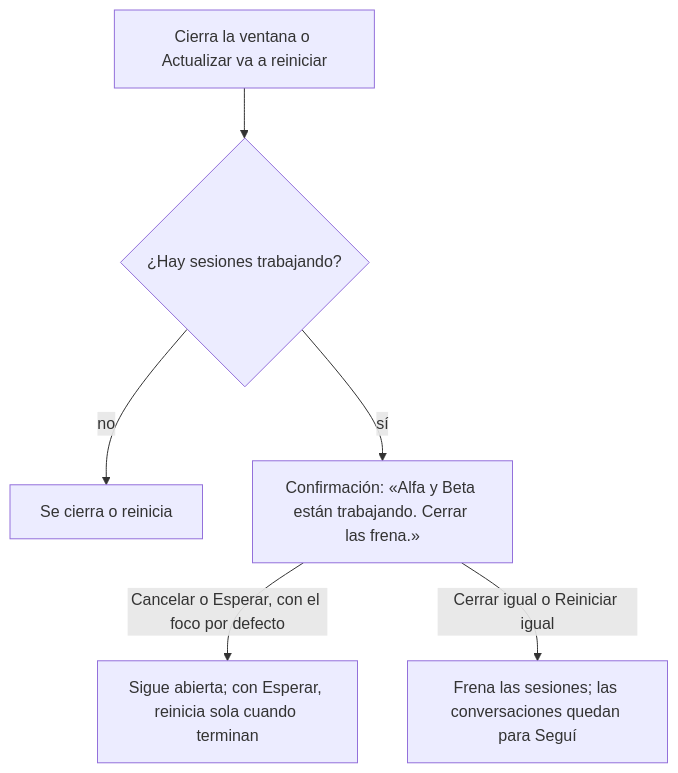
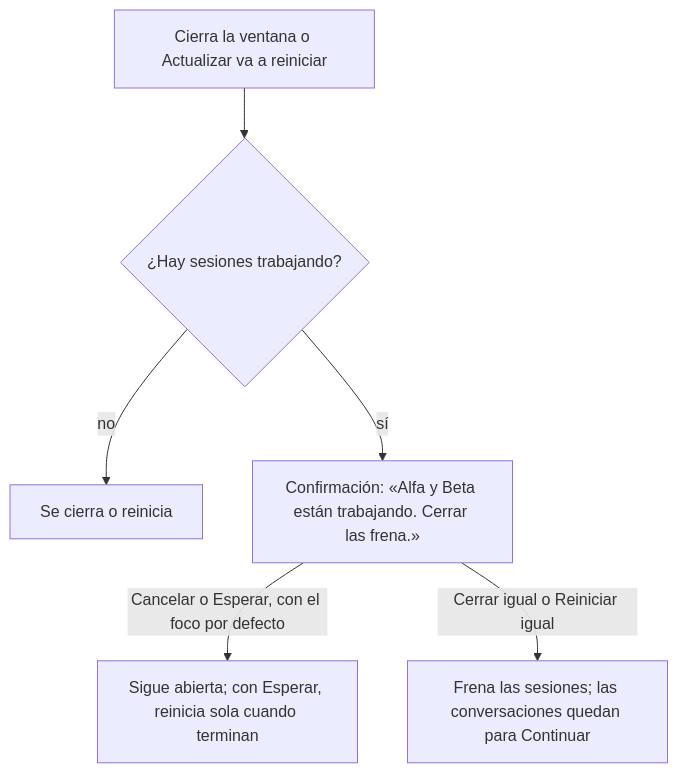
One commit to LlanosLautaro/Iridium changed the sixth of 9 diagrams in docs/04-ux.md. Above: the diagram before and after it, drawn with Mermaid. The commit also changed other lines of this file and 15 other files, not shown here.

````diff
--- a/docs/04-ux.md
+++ b/docs/04-ux.md
@@ -259,8 +259,8 @@
 ```mermaid
 flowchart TD
   A[Cierra la ventana o Actualizar va a reiniciar] --> B{¿Hay sesiones trabajando?}
   B -->|no| C[Se cierra o reinicia]
   B -->|sí| D[Confirmación: «Alfa y Beta están trabajando. Cerrar las frena.»]
   D -->|Cancelar o Esperar, con el foco por defecto| E[Sigue abierta; con Esperar, reinicia sola cuando terminan]
-  D -->|Cerrar igual o Reiniciar igual| F[Frena las sesiones; las conversaciones quedan para Seguí]
+  D -->|Cerrar igual o Reiniciar igual| F[Frena las sesiones; las conversaciones quedan para Continuar]
 ```
````
